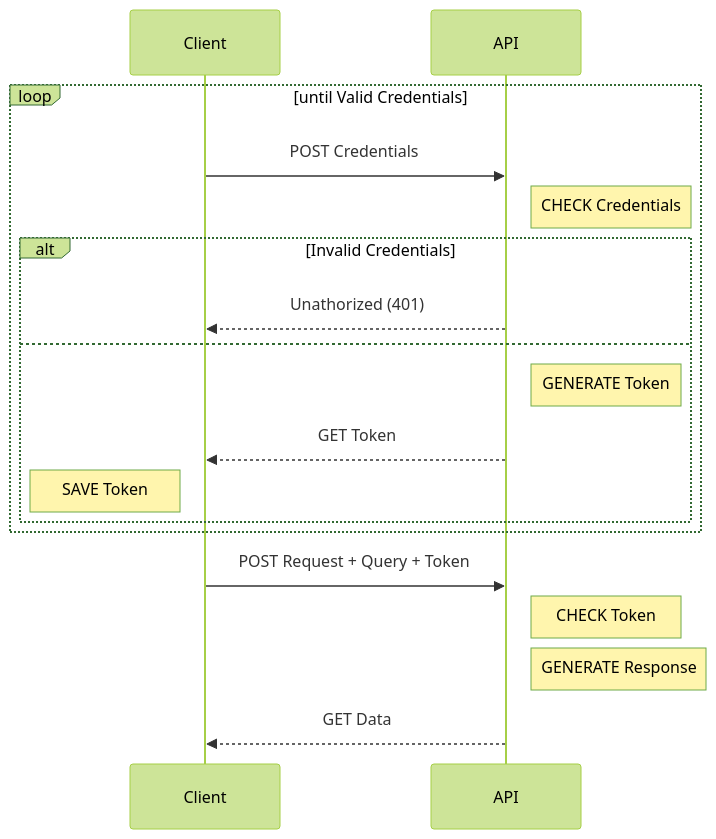
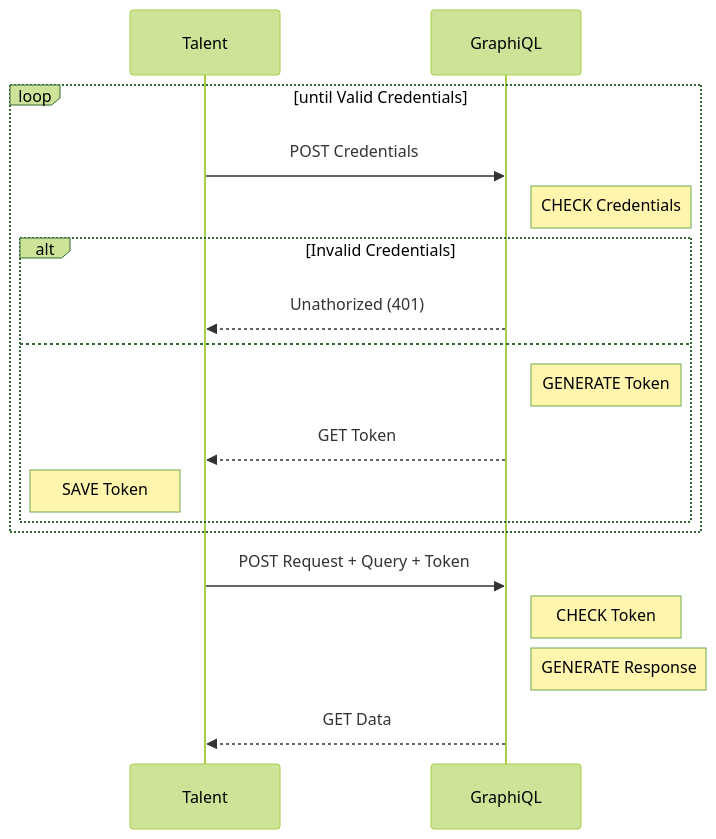
One commit to D4rkJvck/graphql changed the diagram in README.md. Above: the diagram before and after it, drawn with Mermaid (forest theme). The commit also changed other lines of this file and 14 other files, not shown here.

````diff
--- a/README.md
+++ b/README.md
@@ -101,21 +123,21 @@
 ```mermaid
   sequenceDiagram
-    participant Client
-    participant API
+    participant Talent
+    participant GraphiQL
 
     loop until Valid Credentials
-      Client ->> API: POST Credentials
-      Note right of API: CHECK Credentials
+      Talent ->> GraphiQL: POST Credentials
+      Note right of GraphiQL: CHECK Credentials
       alt Invalid Credentials
-        API -->> Client: Unathorized (401)
+        GraphiQL -->> Talent: Unathorized (401)
       else
-        Note right of API: GENERATE Token
-        API -->> Client: GET Token
-        Note left of Client: SAVE Token
+        Note right of GraphiQL: GENERATE Token
+        GraphiQL -->> Talent: GET Token
+        Note left of Talent: SAVE Token
       end
     end
-    Client ->> API: POST Request + Query + Token
-    Note right of API: CHECK Token
-    Note right of API: GENERATE Response
-    API -->> Client: GET Data
+    Talent ->> GraphiQL: POST Request + Query + Token
+    Note right of GraphiQL: CHECK Token
+    Note right of GraphiQL: GENERATE Response
+    GraphiQL -->> Talent: GET Data
 ```
````
